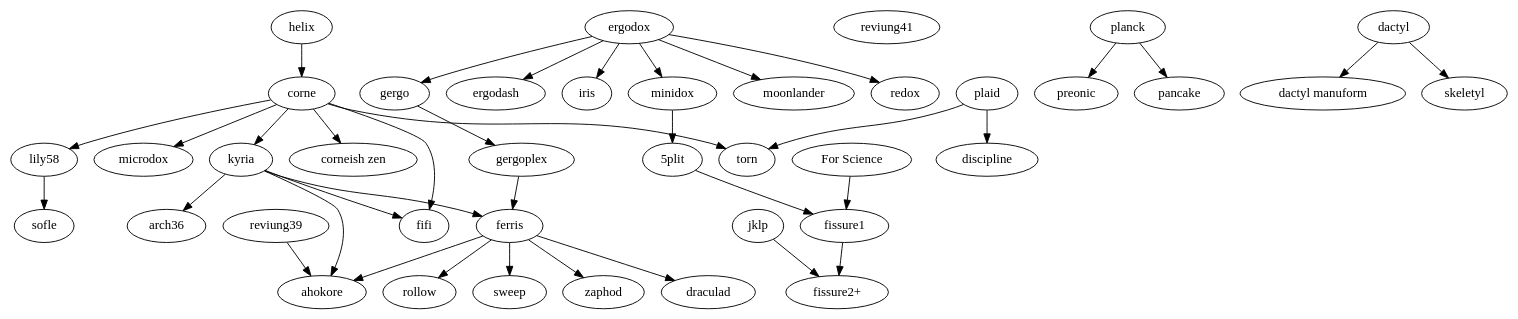
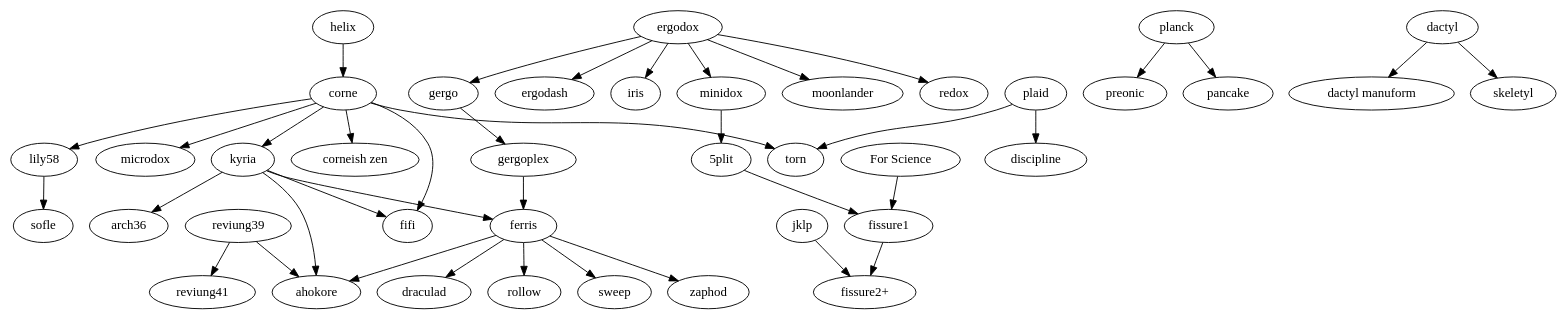
One commit to petejohanson/mk-family-tree changed the diagram in tree.gv. Above: the diagram before and after it, drawn with Graphviz.

Commit message:
reviung39 led to reviung41.

```diff
--- a/tree.gv
+++ b/tree.gv
@@ -1,77 +1,77 @@
 digraph T {
   subgraph splits {
     helix -> corne;
 
     corne -> {
       "corneish zen";
       fifi;
       kyria;
       lily58;
       microdox;
       torn;
     };
 
     lily58 -> sofle;
 
     kyria -> {
         ahokore;
         arch36;
         ferris;
         fifi;
     };
 
     ergodox -> {
       ergodash;
       gergo;
       iris;
       minidox;
       moonlander;
       redox;
     };
 
     gergo -> gergoplex;
     gergoplex -> ferris;
 
     ferris -> {
       ahokore;
       draculad;
       rollow;
       sweep;
       zaphod;
     };
 
     minidox -> {
       "5plit";
     }
 
     "5plit" -> "fissure1";
     "For Science" -> "fissure1";
     fissure1 -> "fissure2+";
     jklp -> "fissure2+";
   }
 
   subgraph unibody {
     reviung39 -> {
       ahokore;
+      reviung41;
     };
-    reviung41
   };
 
   subgraph ortholinear {
     plaid -> {
       discipline;
       torn;
     };
     planck -> {
       preonic;
       pancake;
     };
   }
 
   subgraph {
     dactyl -> {
       "dactyl manuform";
       skeletyl;
     }
   }
 }
```
